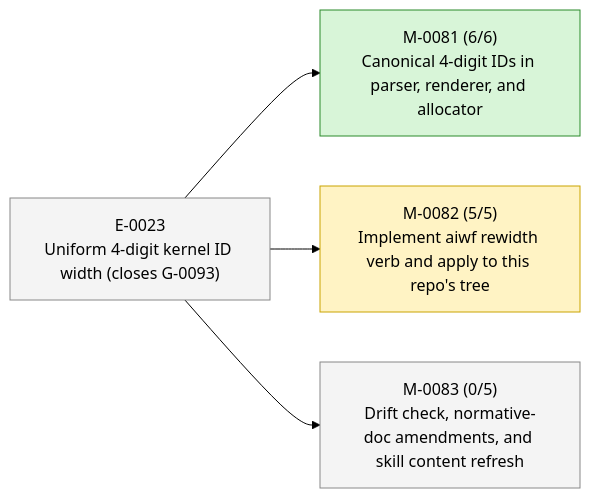
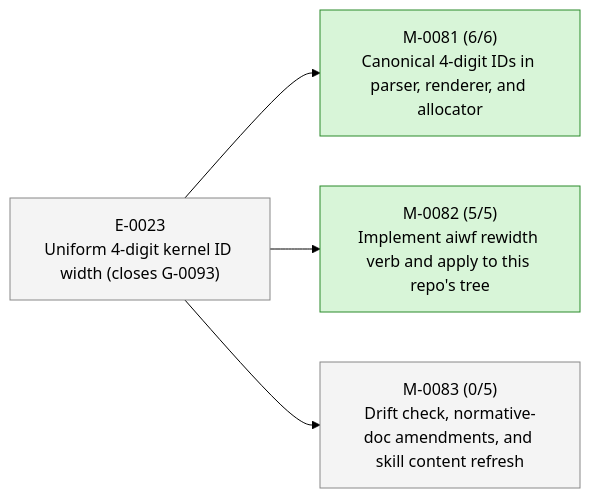
Before and after one commit to 23min/aiwf: the second of 2 diagrams in STATUS.md, drawn with Mermaid (forest theme). The commit also changed other lines of this file and 1 other file, not shown here.

First line of the commit message:
aiwf promote M-0082 in_progress -> done

````diff
--- a/STATUS.md
+++ b/STATUS.md
@@ -47,16 +47,16 @@
 ```mermaid
 flowchart LR
   E_0023["E-0023<br/>Uniform 4-digit kernel ID width (closes G-0093)"]:::epic_proposed
   M_0081["M-0081 (6/6)<br/>Canonical 4-digit IDs in parser, renderer, and allocator"]:::ms_done
   E_0023 --> M_0081
-  M_0082["M-0082 (5/5)<br/>Implement aiwf rewidth verb and apply to this repo's tree"]:::ms_in_progress
+  M_0082["M-0082 (5/5)<br/>Implement aiwf rewidth verb and apply to this repo's tree"]:::ms_done
   E_0023 --> M_0082
   M_0083["M-0083 (0/5)<br/>Drift check, normative-doc amendments, and skill content refresh"]:::ms_draft
   E_0023 --> M_0083
   classDef epic_active fill:#d6eaff,stroke:#1a73e8,color:#000
   classDef epic_proposed fill:#f4f4f4,stroke:#888,color:#000
   classDef ms_done fill:#d8f5d8,stroke:#2a8a2a,color:#000
   classDef ms_in_progress fill:#fff3c4,stroke:#caa400,color:#000
   classDef ms_draft fill:#f4f4f4,stroke:#888,color:#000
   classDef ms_cancelled fill:#fbeaea,stroke:#c33,color:#000
 ```
````
